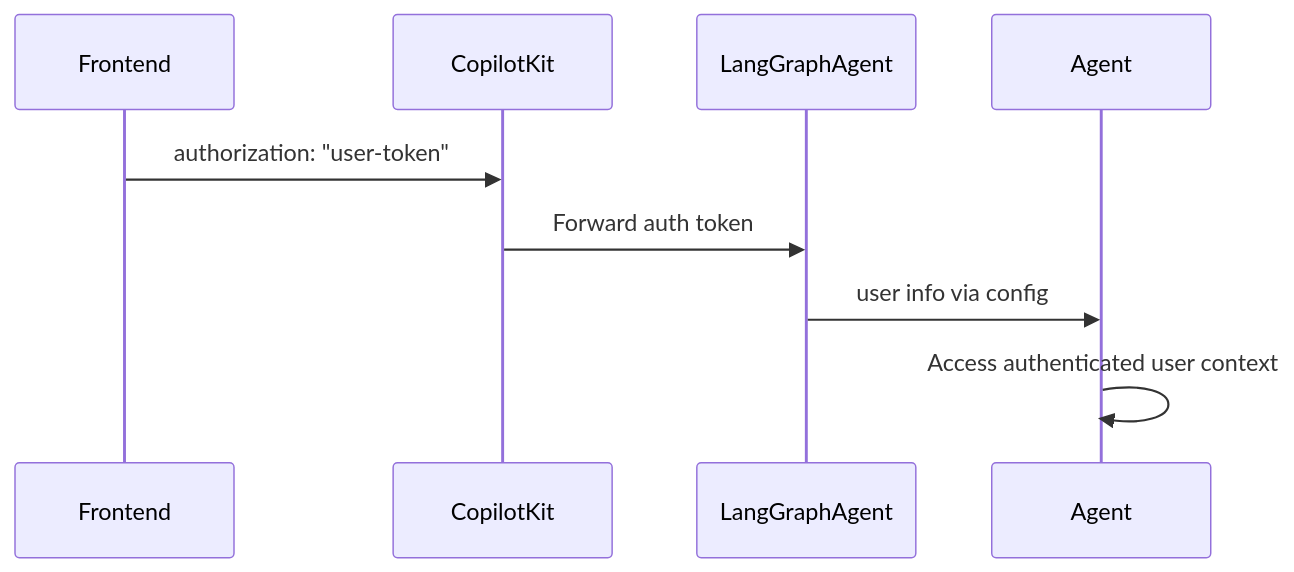
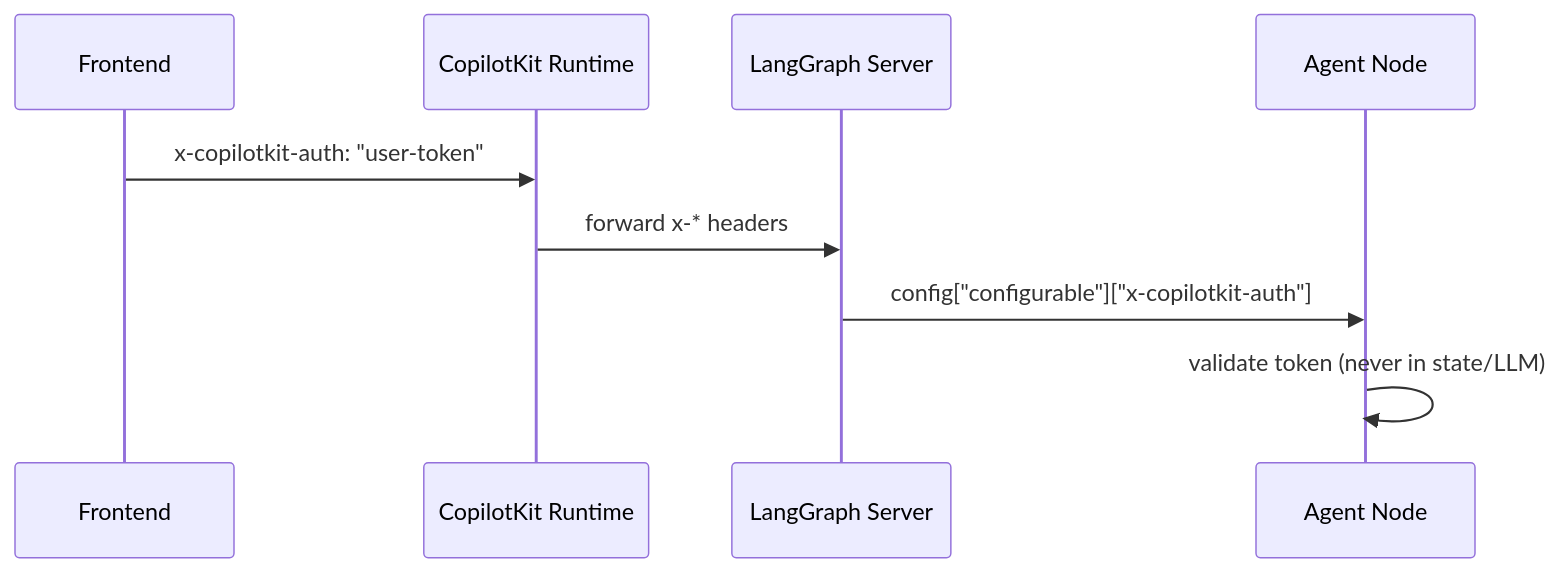
One commit to CopilotKit/CopilotKit changed the diagram in showcase/shell-docs/src/content/docs/integrations/langgraph/auth.mdx. Above: the diagram before and after it, drawn with Mermaid. The commit also changed other lines of this file and 6 other files, not shown here.

````diff
--- a/showcase/shell-docs/src/content/docs/integrations/langgraph/auth.mdx
+++ b/showcase/shell-docs/src/content/docs/integrations/langgraph/auth.mdx
@@ -17,12 +15,12 @@
 ```mermaid
 sequenceDiagram
     participant Frontend
-    participant CopilotKit
-    participant LangGraphAgent
-    participant Agent
+    participant CopilotKit Runtime
+    participant LangGraph Server
+    participant Agent Node
 
-    Frontend->>CopilotKit: authorization: "user-token"
-    CopilotKit->>LangGraphAgent: Forward auth token
-    LangGraphAgent->>Agent: user info via config
-    Agent->>Agent: Access authenticated user context
+    Frontend->>CopilotKit Runtime: x-copilotkit-auth: "user-token"
+    CopilotKit Runtime->>LangGraph Server: forward x-* headers
+    LangGraph Server->>Agent Node: config["configurable"]["x-copilotkit-auth"]
+    Agent Node->>Agent Node: validate token (never in state/LLM)
 ```
````
